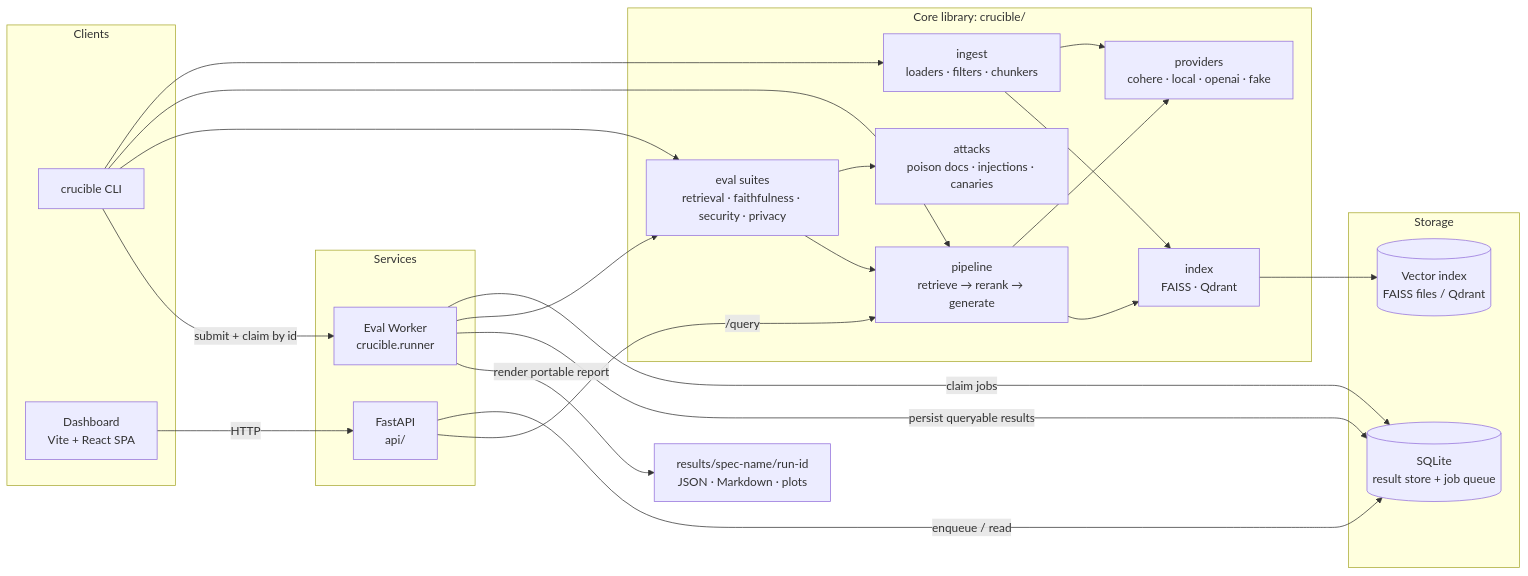
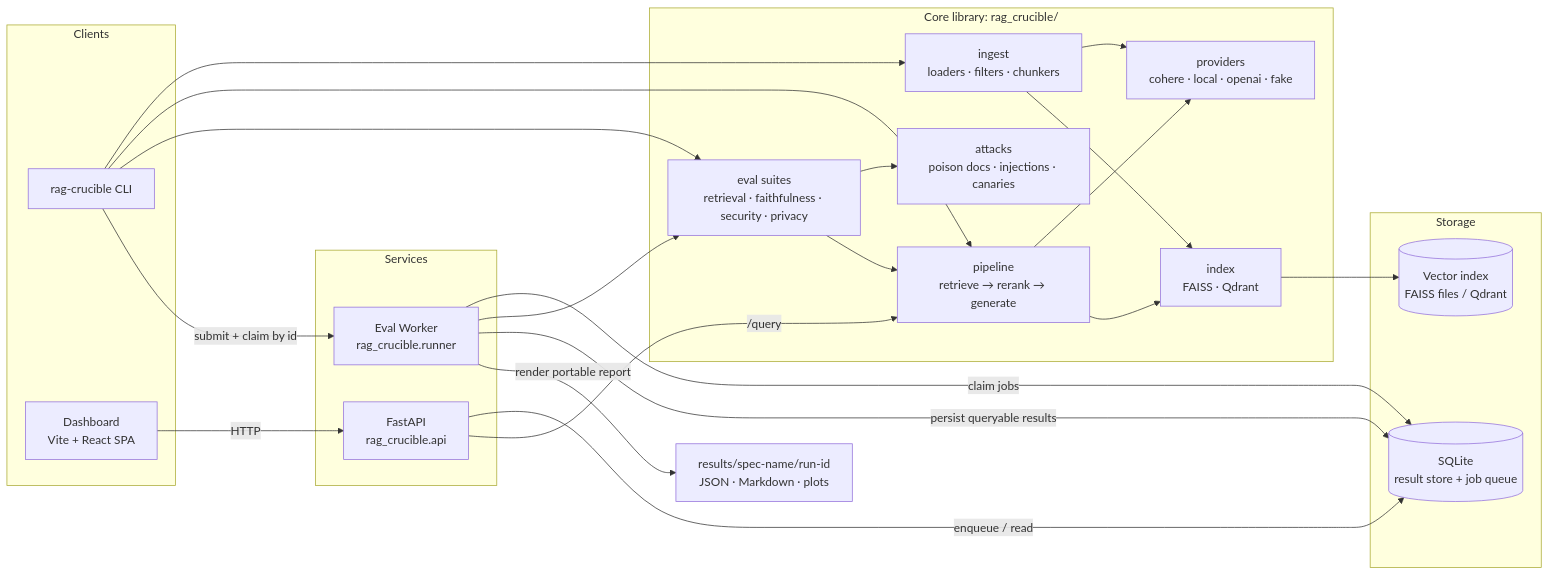
Before and after one commit to bobhaotian/RAG-Crucible---Security-Reliability-Evaluation-Platform-for-RAG: the first of 6 diagrams in docs/architecture.md, drawn with Mermaid. The commit also changed other lines of this file and 16 other files, not shown here.

````diff
--- a/docs/architecture.md
+++ b/docs/architecture.md
@@ -10,43 +10,43 @@
 ```mermaid
 flowchart LR
     subgraph clients [Clients]
-        CLI[crucible CLI]
+        CLI[rag-crucible CLI]
         DASH[Dashboard<br/>Vite + React SPA]
     end
 
     subgraph services [Services]
-        API[FastAPI<br/>api/]
-        WORKER[Eval Worker<br/>crucible.runner]
+        API[FastAPI<br/>rag_crucible.api]
+        WORKER[Eval Worker<br/>rag_crucible.runner]
     end
 
-    subgraph core [Core library: crucible/]
+    subgraph core [Core library: rag_crucible/]
         INGEST[ingest<br/>loaders · filters · chunkers]
         PIPE[pipeline<br/>retrieve → rerank → generate]
         EVAL[eval suites<br/>retrieval · faithfulness · security · privacy]
         ATTACKS[attacks<br/>poison docs · injections · canaries]
         PROV[providers<br/>cohere · local · openai · fake]
         IDX[index<br/>FAISS · Qdrant]
     end
 
     subgraph storage [Storage]
         DB[(SQLite<br/>result store + job queue)]
         VS[(Vector index<br/>FAISS files / Qdrant)]
     end
 
     CLI --> INGEST & PIPE & EVAL
     DASH -->|HTTP| API
     API -->|enqueue / read| DB
     API -->|/query| PIPE
     CLI -->|submit + claim by id| WORKER
     WORKER -->|claim jobs| DB
     WORKER --> EVAL
     EVAL --> ATTACKS
     EVAL --> PIPE
     INGEST --> PROV
     PIPE --> PROV
     PIPE --> IDX
     INGEST --> IDX
     IDX --> VS
     WORKER -->|persist queryable results| DB
     WORKER -->|render portable report| REPORTS[results/spec-name/run-id<br/>JSON · Markdown · plots]
 ```
````
